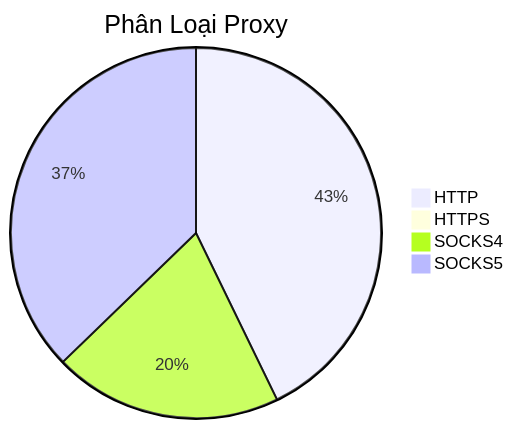
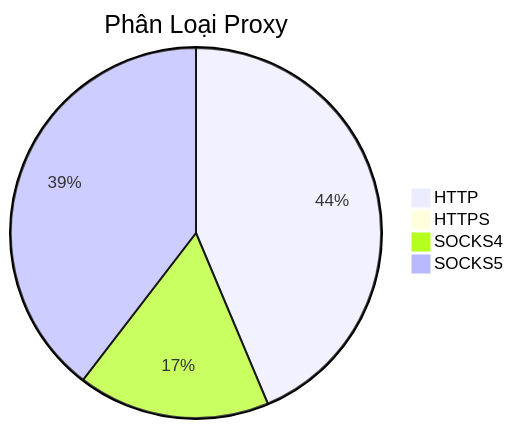
The diagram in README.md (Ciara-12/PROXY-free), drawn with Mermaid before and after one commit. The commit also changed other lines of this file and 4 other files, not shown here.

````diff
--- a/README.md
+++ b/README.md
@@ -26,7 +26,7 @@
 ```mermaid
 pie title Phân Loại Proxy
-    "HTTP" : 1010
-    "HTTPS" : 3
-    "SOCKS4" : 471
-    "SOCKS5" : 879
+    "HTTP" : 1174
+    "HTTPS" : 8
+    "SOCKS4" : 451
+    "SOCKS5" : 1064
 ```
````
